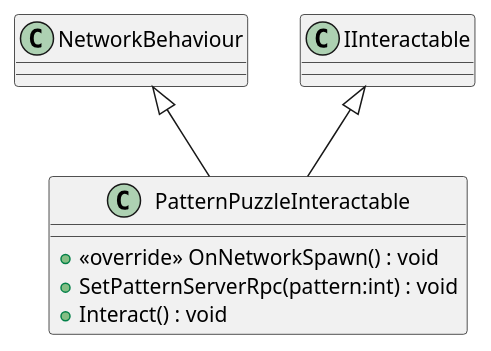
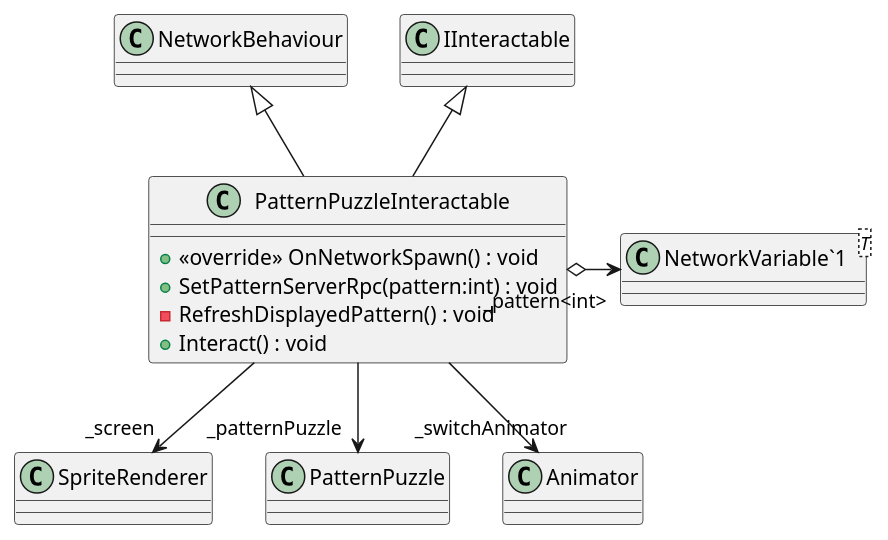
One commit to David-Denny/COMP3013-Team7 changed the diagram in UML/Puzzles/PatternPuzzle/PatternPuzzleInteractable.puml. Above: the diagram before and after it, drawn with PlantUML. The commit also changed 49 other files, not shown here.

Commit message:
Generate UML (Generate UML)

```diff
--- a/UML/Puzzles/PatternPuzzle/PatternPuzzleInteractable.puml
+++ b/UML/Puzzles/PatternPuzzle/PatternPuzzleInteractable.puml
@@ -1,9 +1,16 @@
 @startuml
 class PatternPuzzleInteractable {
     + <<override>> OnNetworkSpawn() : void
     + SetPatternServerRpc(pattern:int) : void
+    - RefreshDisplayedPattern() : void
     + Interact() : void
+}
+class "NetworkVariable`1"<T> {
 }
 NetworkBehaviour <|-- PatternPuzzleInteractable
 IInteractable <|-- PatternPuzzleInteractable
+PatternPuzzleInteractable --> "_screen" SpriteRenderer
+PatternPuzzleInteractable --> "_patternPuzzle" PatternPuzzle
+PatternPuzzleInteractable --> "_switchAnimator" Animator
+PatternPuzzleInteractable o-> "_pattern<int>" "NetworkVariable`1"
 @enduml
```
